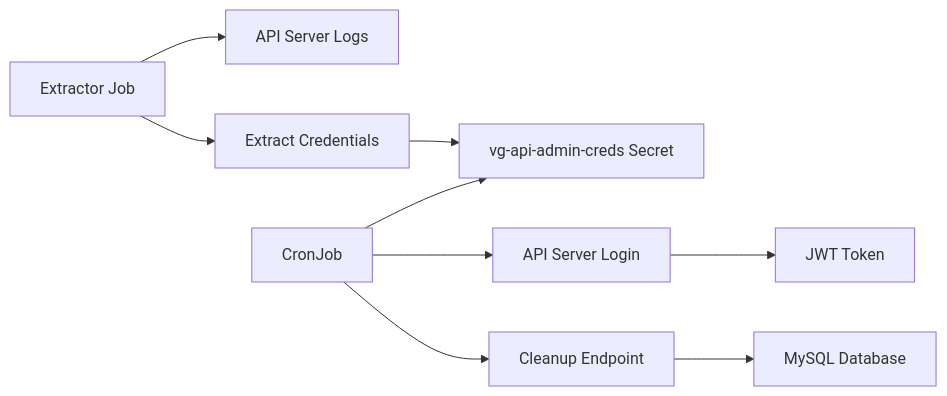
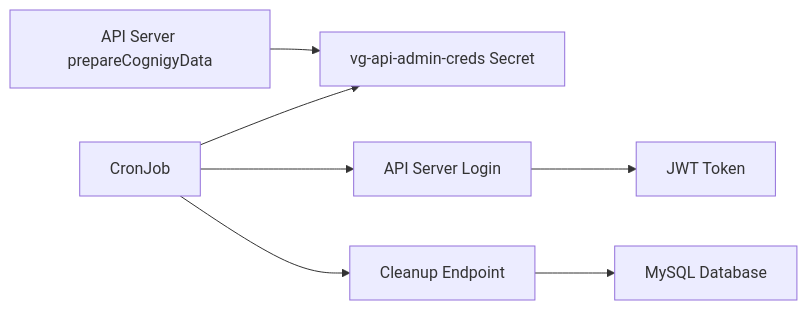
One commit to Cognigy/cognigy-vg-helm-chart changed the diagram in docs/002-audit-logs-cleanup.md. Above: the diagram before and after it, drawn with Mermaid. The commit also changed other lines of this file and 16 other files, not shown here.

Commit message:
Adding files for Helm Chart 2026.5.0

````diff
--- a/docs/002-audit-logs-cleanup.md
+++ b/docs/002-audit-logs-cleanup.md
@@ -93,11 +85,9 @@
 ```mermaid
 graph LR
-    A[Extractor Job] --> B[API Server Logs]
-    A --> C[Extract Credentials]
-    C --> D[vg-api-admin-creds Secret]
-    E[CronJob] --> D
-    E --> F[API Server Login]
-    F --> G[JWT Token]
-    E --> H[Cleanup Endpoint]
-    H --> I[MySQL Database]
+    A[API Server prepareCognigyData] --> B[vg-api-admin-creds Secret]
+    C[CronJob] --> B
+    C --> D[API Server Login]
+    D --> E[JWT Token]
+    C --> F[Cleanup Endpoint]
+    F --> G[MySQL Database]
 ```
````
